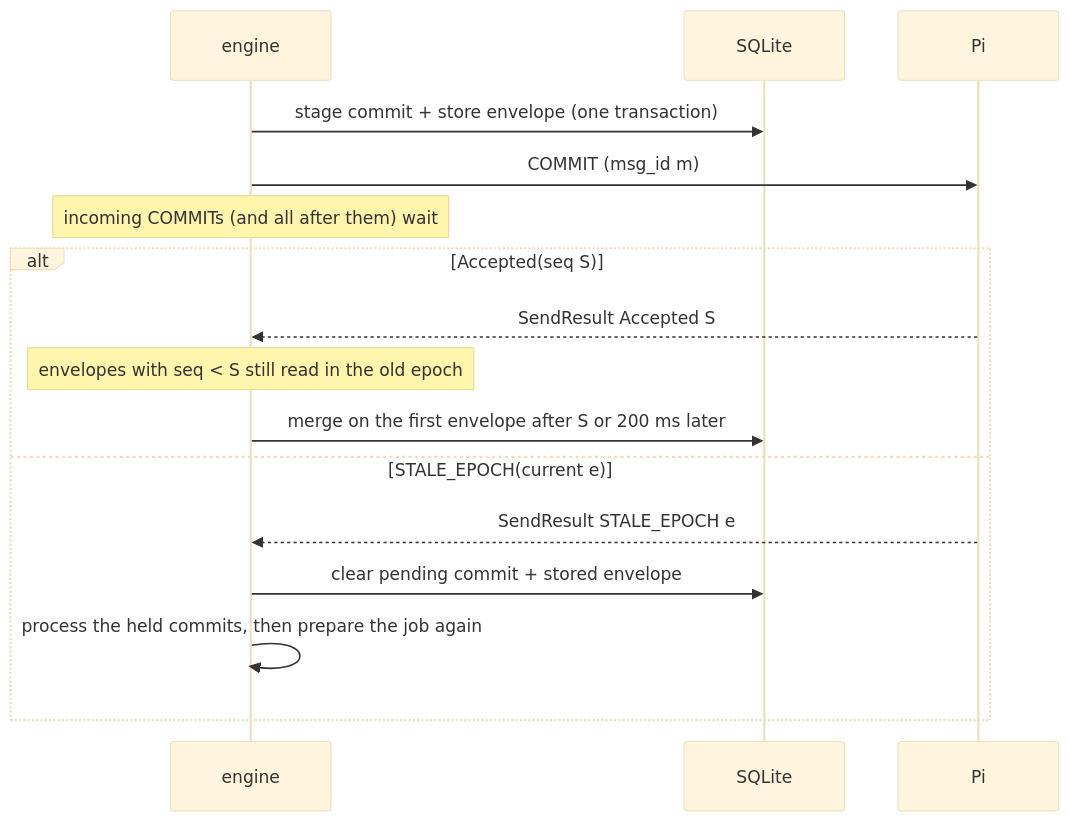
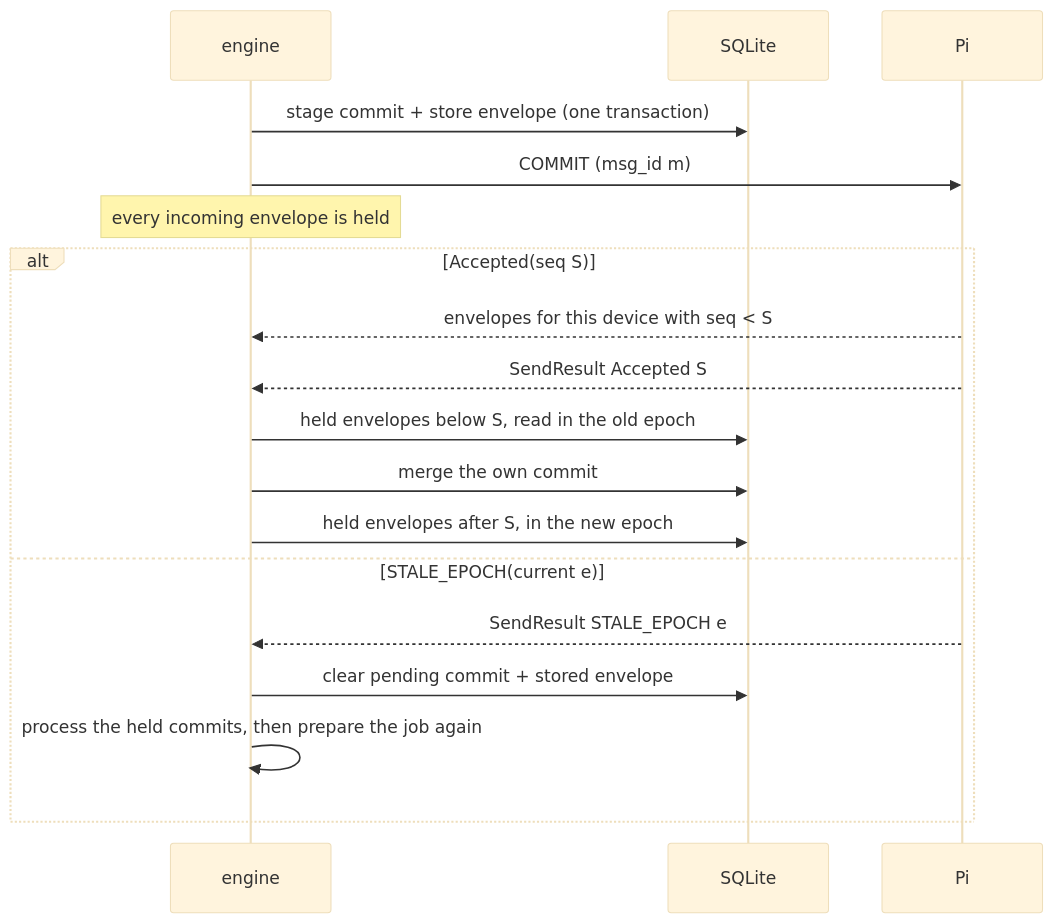
The second of 2 diagrams in openspec/changes/client-core/design.md (koppathachan/vyajena), drawn with Mermaid (base theme) before and after one commit. The commit also changed other lines of this file and 5 other files, not shown here.

First line of the commit message:
client-core: Pi delivers entries below an own commit before its Accepted; no settle wait (task 5.7)

````diff
--- a/openspec/changes/client-core/design.md
+++ b/openspec/changes/client-core/design.md
@@ -217,18 +217,20 @@
 ```mermaid
 sequenceDiagram
   participant E as engine
   participant S as SQLite
   participant P as Pi
   E->>S: stage commit + store envelope (one transaction)
   E->>P: COMMIT (msg_id m)
-  Note over E: incoming COMMITs (and all after them) wait
+  Note over E: every incoming envelope is held
   alt Accepted(seq S)
+    P-->>E: envelopes for this device with seq < S
     P-->>E: SendResult Accepted S
-    Note over E: envelopes with seq < S still read in the old epoch
-    E->>S: merge on the first envelope after S or 200 ms later
+    E->>S: held envelopes below S, read in the old epoch
+    E->>S: merge the own commit
+    E->>S: held envelopes after S, in the new epoch
   else STALE_EPOCH(current e)
     P-->>E: SendResult STALE_EPOCH e
     E->>S: clear pending commit + stored envelope
     E->>E: process the held commits, then prepare the job again
   end
 ```
````
